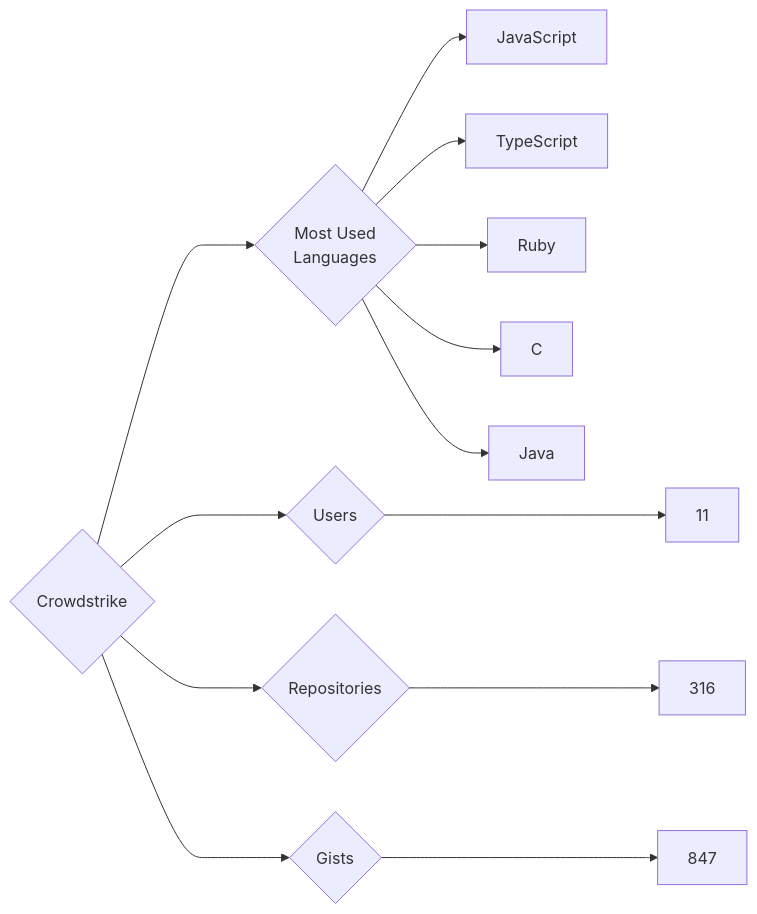
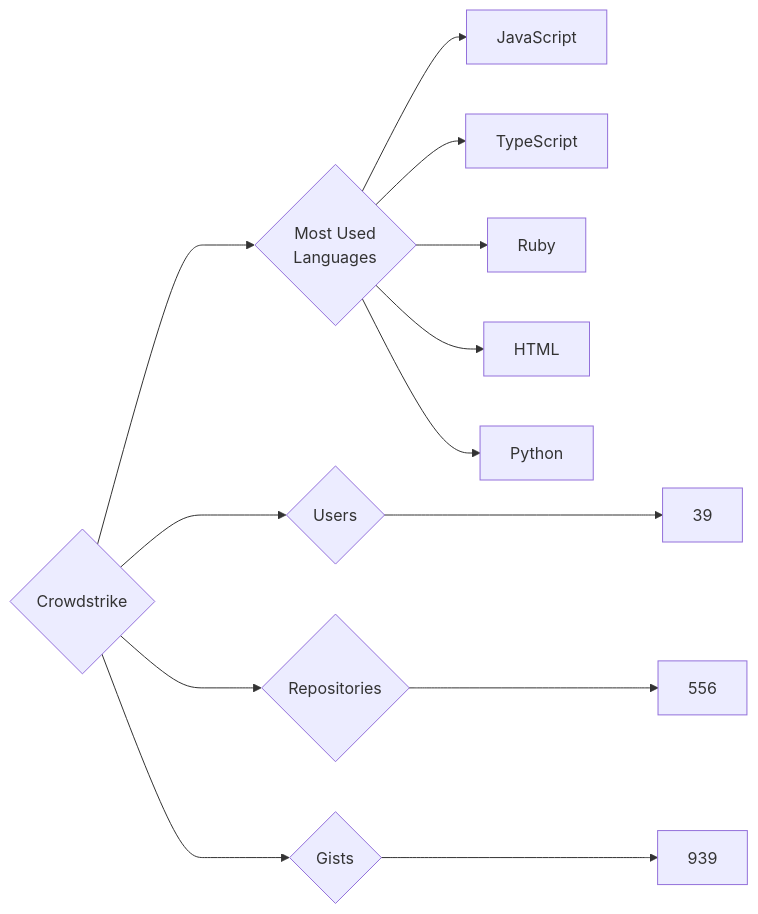
The diagram in targets/Crowdstrike/README.md (trickest/insiders), drawn with Mermaid before and after one commit. The commit also changed 951 other files, not shown here.

````diff
--- a/targets/Crowdstrike/README.md
+++ b/targets/Crowdstrike/README.md
@@ -3,13 +3,13 @@
 ```mermaid
 graph LR
 COMPANY_NAME{Crowdstrike}
-COMPANY_NAME ---> U{Users} ---> UN[11]
-COMPANY_NAME ---> R{Repositories} ---> RN[316]
-COMPANY_NAME ---> G{Gists} ---> GN[847]
+COMPANY_NAME ---> U{Users} ---> UN[39]
+COMPANY_NAME ---> R{Repositories} ---> RN[556]
+COMPANY_NAME ---> G{Gists} ---> GN[939]
 COMPANY_NAME ---> ML{Most Used<br>Languages}
 ML --> JavaScript[JavaScript]
 ML --> TypeScript[TypeScript]
 ML --> Ruby[Ruby]
-ML --> C[C]
-ML --> Java[Java]
+ML --> HTML[HTML]
+ML --> Python[Python]
 ```
````
